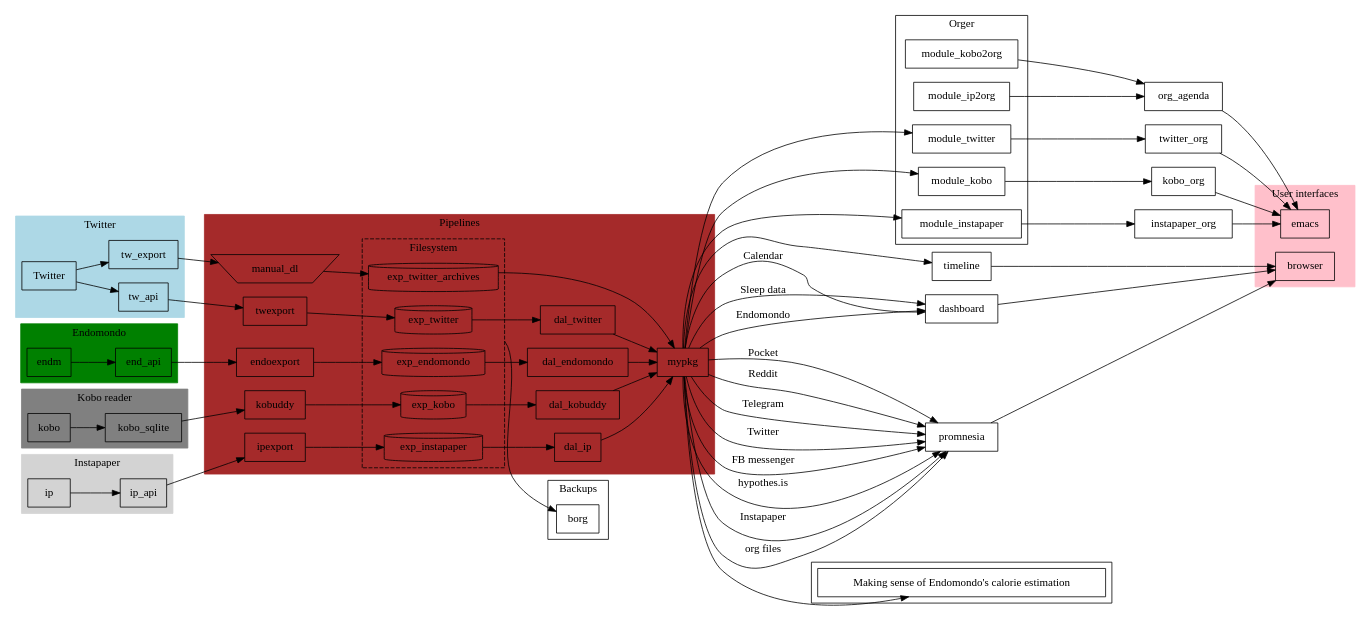
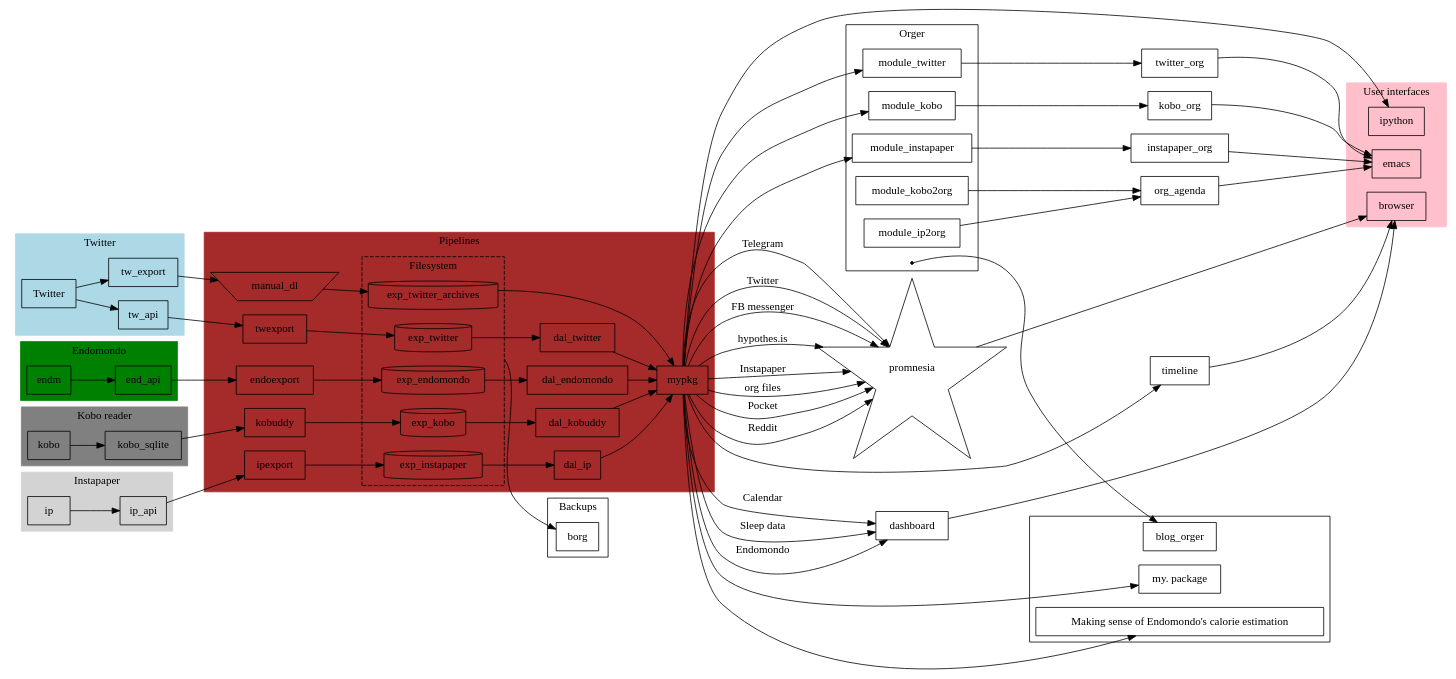
One commit to karlicoss/myinfra changed the diagram in infra.dot. Above: the diagram before and after it, drawn with Graphviz.

Commit message:
more updates

```diff
--- a/infra.dot
+++ b/infra.dot
@@ -4,6 +4,7 @@
   # https://stackoverflow.com/a/2012106/706389
   compound=true;
 
+  // concatenate=true; // eh, doesn't seem to work..
 
   node [shape="box"];
   rankdir="LR";
@@ -133,6 +134,8 @@
 
   module_kobo2org;
   module_ip2org;
+
+  orger_point [shape=point];
 }
 mypkg -> module_twitter;
 mypkg -> module_kobo;
@@ -161,13 +164,19 @@
 
   emacs;
   browser;
+  ipython;
 }
+
+mypkg -> ipython;
 
 mypkg -> timeline;
 
 mypkg -> dashboard [label="Calendar"];
 mypkg -> dashboard [label="Sleep data"];
 mypkg -> dashboard [label="Endomondo"];
+
+
+promnesia [shape=star];
 
 
 mypkg -> promnesia [label="FB messenger"];
@@ -198,13 +207,23 @@
 # TODO position below all
 
 subgraph cluster_blog {
-  hb_kcals [
+  blog_hb_kcals [
     label="Making sense of Endomondo's calorie estimation";
     URL="https://beepb00p.xyz/heartbeats_vs_kcals.html";
   ];
+  blog_mypkg [
+    label="my. package";
+    URL="https://beepb00p.xyz/mypkg.html";
+  ];
+  blog_orger;
 }
+# TODO https://beepb00p.xyz/takeout-data-gone.html
 
-mypkg -> hb_kcals;
+# TODO use different line styles...
+# TODO pipelines could link to sad state
+orger_point -> blog_orger;
+mypkg -> blog_hb_kcals;
+mypkg -> blog_mypkg;
 // 
 
 }
```
